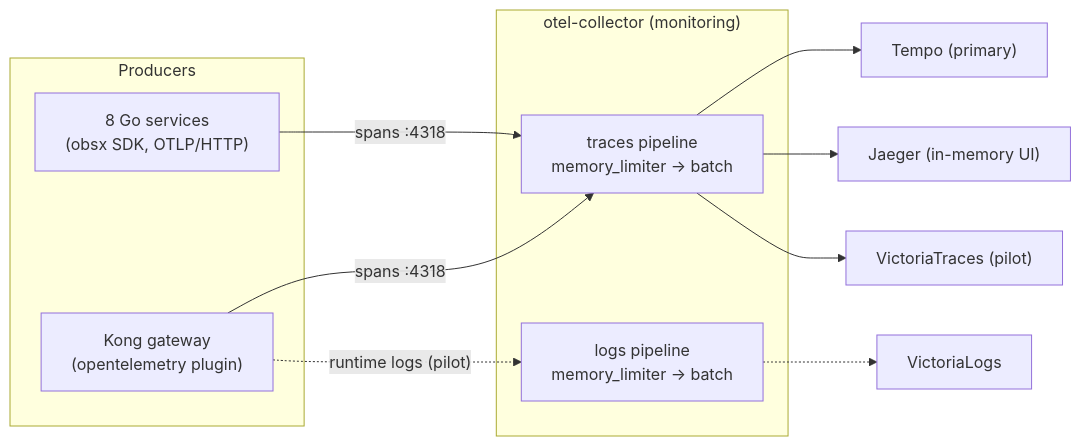
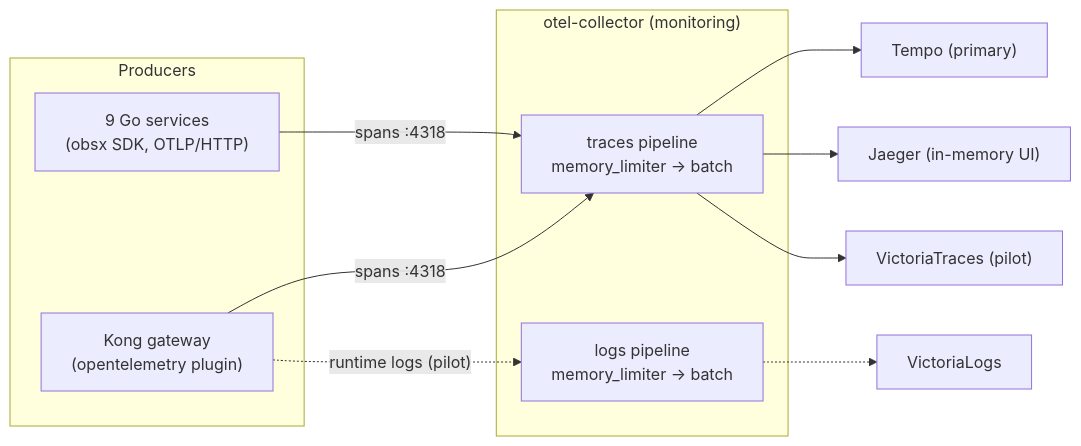
Before and after one commit to duynhlab/homelab: the diagram in docs/observability/opentelemetry.md, drawn with Mermaid. The commit also changed 43 other files, not shown here.

````diff
--- a/docs/observability/opentelemetry.md
+++ b/docs/observability/opentelemetry.md
@@ -73,18 +73,18 @@
 ```mermaid
 flowchart LR
     subgraph Producers
-        SVC["8 Go services<br/>(obsx SDK, OTLP/HTTP)"]
+        SVC["9 Go services<br/>(obsx SDK, OTLP/HTTP)"]
         KONG["Kong gateway<br/>(opentelemetry plugin)"]
     end
     subgraph Collector["otel-collector (monitoring)"]
         TP["traces pipeline<br/>memory_limiter → batch"]
         LP["logs pipeline<br/>memory_limiter → batch"]
     end
     SVC -->|"spans :4318"| TP
     KONG -->|"spans :4318"| TP
     KONG -.->|"runtime logs (pilot)"| LP
     TP --> TEMPO["Tempo (primary)"]
     TP --> JAEGER["Jaeger (in-memory UI)"]
     TP --> VT["VictoriaTraces (pilot)"]
     LP -.-> VL["VictoriaLogs"]
 ```
````
